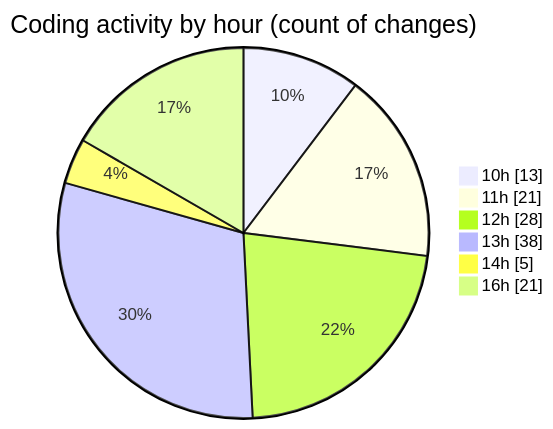
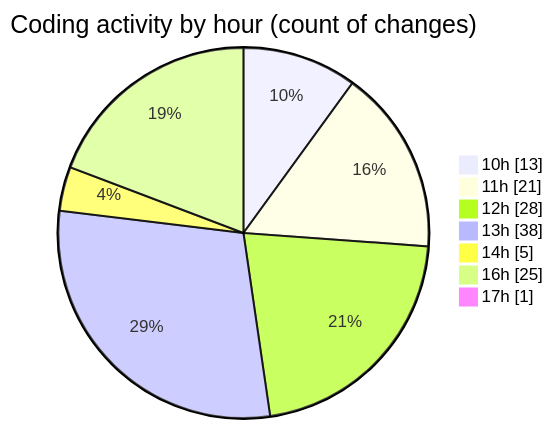
The second of 2 diagrams in 2025-06-19/cda/README.md (momahboobian/code-tracking), drawn with Mermaid before and after one commit. The commit also changed other lines of this file and 1 other file, not shown here.

````diff
--- a/2025-06-19/cda/README.md
+++ b/2025-06-19/cda/README.md
@@ -47,10 +47,11 @@
 ```mermaid
 pie showData
 title Coding activity by hour (count of changes)
 "10h" : 13
 "11h" : 21
 "12h" : 28
 "13h" : 38
 "14h" : 5
-"16h" : 21
+"16h" : 25
+"17h" : 1
 ```
````
